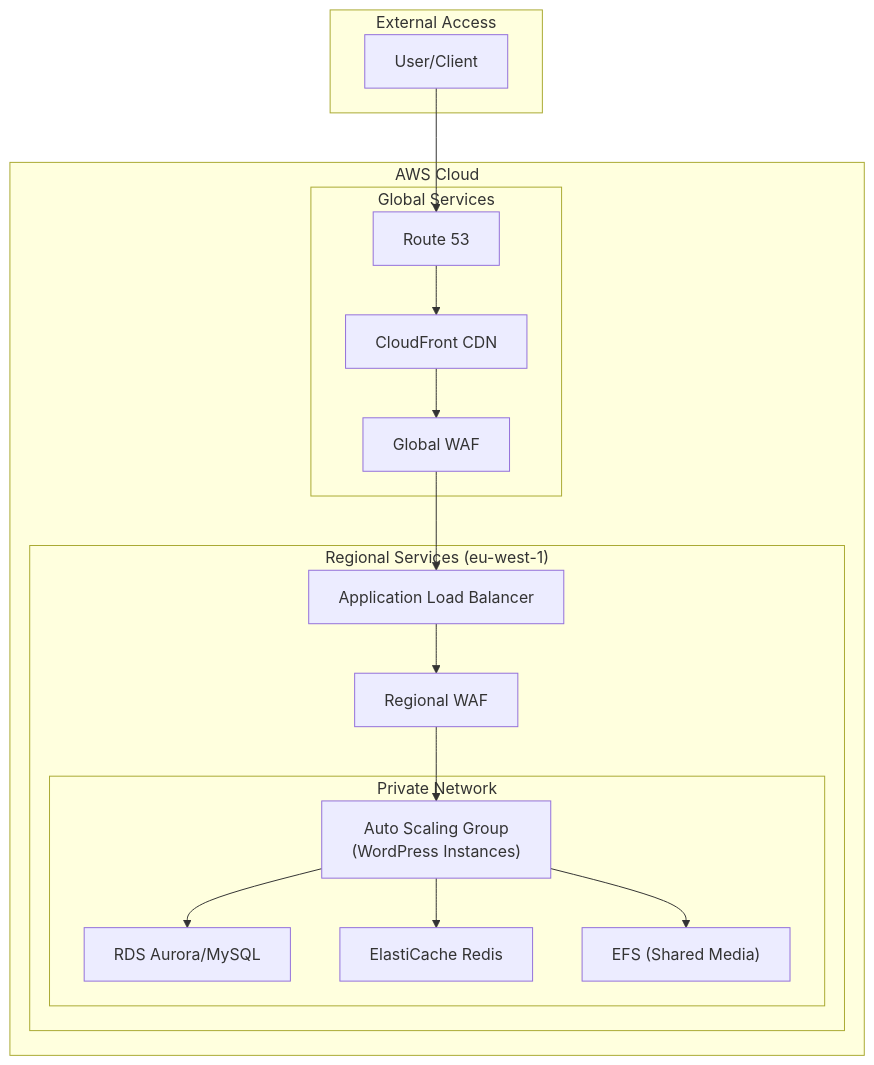
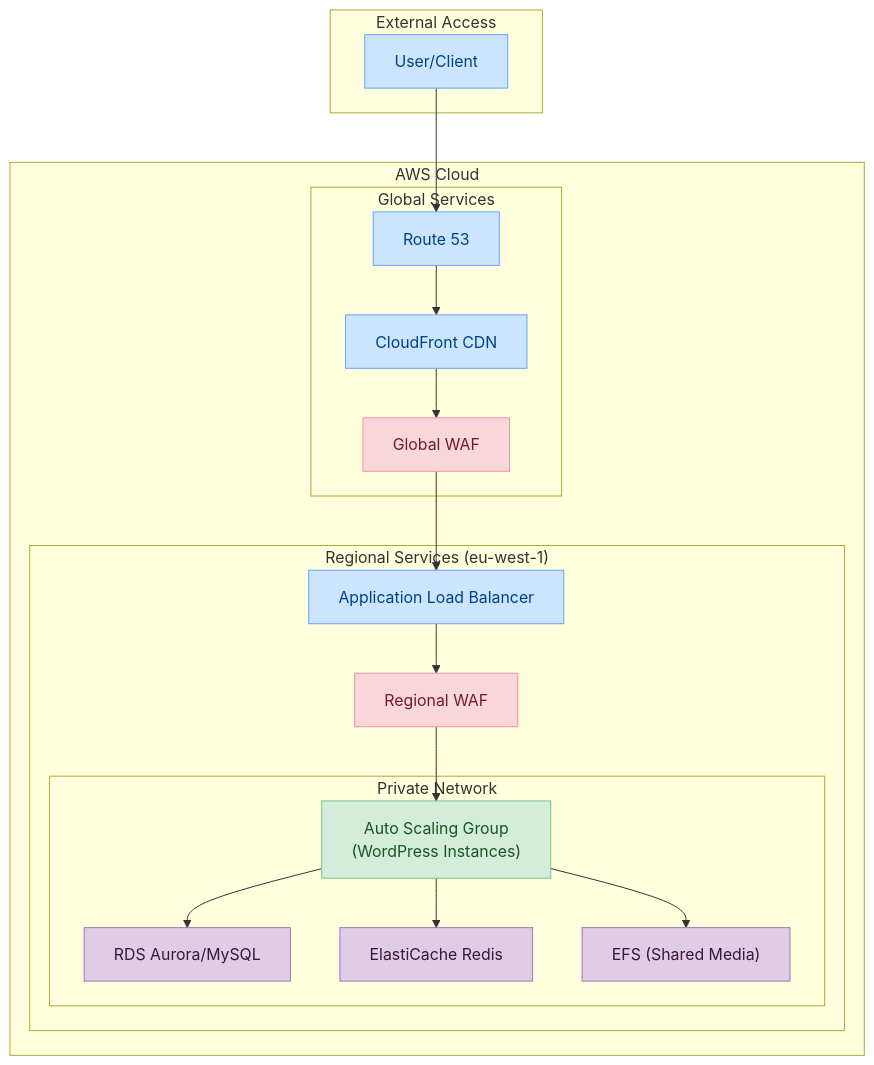
One commit to hetmanskyi-cloud/AWS changed the diagram in README.md. Above: the diagram before and after it, drawn with Mermaid. The commit also changed other lines of this file and 1 other file, not shown here.

````diff
--- a/README.md
+++ b/README.md
@@ -55,36 +66,48 @@
 ```mermaid
 graph TD
     subgraph "External Access"
         User[User/Client]
     end
 
     subgraph "AWS Cloud"
         subgraph "Global Services"
             Route53[Route 53]
             CloudFront[CloudFront CDN]
             WAF_Global[Global WAF]
         end
 
         subgraph "Regional Services (eu-west-1)"
             ALB[Application Load Balancer]
             WAF_Regional[Regional WAF]
 
             subgraph "Private Network"
                 ASG["Auto Scaling Group<br/>(WordPress Instances)"]
                 RDS["RDS Aurora/MySQL"]
                 Redis["ElastiCache Redis"]
                 EFS["EFS (Shared Media)"]
             end
         end
     end
 
     User --> Route53
     Route53 --> CloudFront
     CloudFront --> WAF_Global
     WAF_Global --> ALB
     ALB --> WAF_Regional
     WAF_Regional --> ASG
     ASG --> RDS
     ASG --> Redis
     ASG --> EFS
+
+    %% Style Definitions
+    classDef security fill:#f8d7da,stroke:#f58fa0,color:#721c24
+    classDef network fill:#cce5ff,stroke:#66a3ff,color:#004085
+    classDef compute fill:#d4edda,stroke:#77c289,color:#155724
+    classDef data fill:#e0cce6,stroke:#a673b2,color:#381640
+
+    %% Apply Styles
+    class WAF_Global,WAF_Regional security
+    class Route53,CloudFront,ALB,User network
+    class ASG compute
+    class RDS,Redis,EFS data
 ```
````
